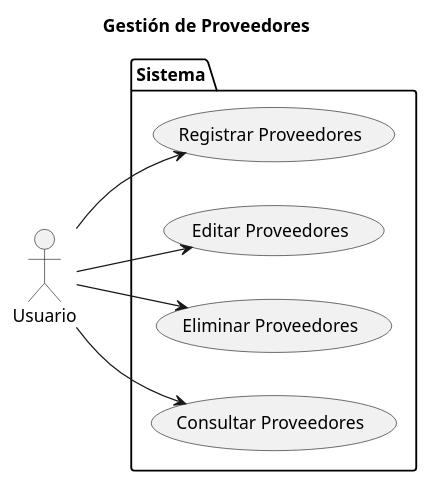
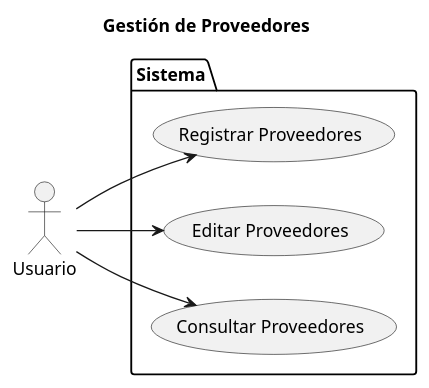
One commit to marcelolezcanodev/GarageGuru changed the diagram in Diagramas/caso_uso_Proveedor.plantuml. Above: the diagram before and after it, drawn with PlantUML. The commit also changed 6 other files, not shown here.

```diff
--- a/Diagramas/caso_uso_Proveedor.plantuml
+++ b/Diagramas/caso_uso_Proveedor.plantuml
@@ -1,23 +1,21 @@
 @startuml usuario
 
 left to right direction
 
 title Gestión de Proveedores
 
 actor Usuario as User
 
 package Sistema {
 
     USECASE "Registrar Proveedores" as UC_Registrar
     USECASE "Editar Proveedores" as UC_Editar
-    USECASE "Eliminar Proveedores" as UC_Eliminar
     USECASE "Consultar Proveedores" as UC_Consultar
 
 }
 
 User --> UC_Registrar
 User --> UC_Editar
-User --> UC_Eliminar
 User --> UC_Consultar
 
 @enduml
```
